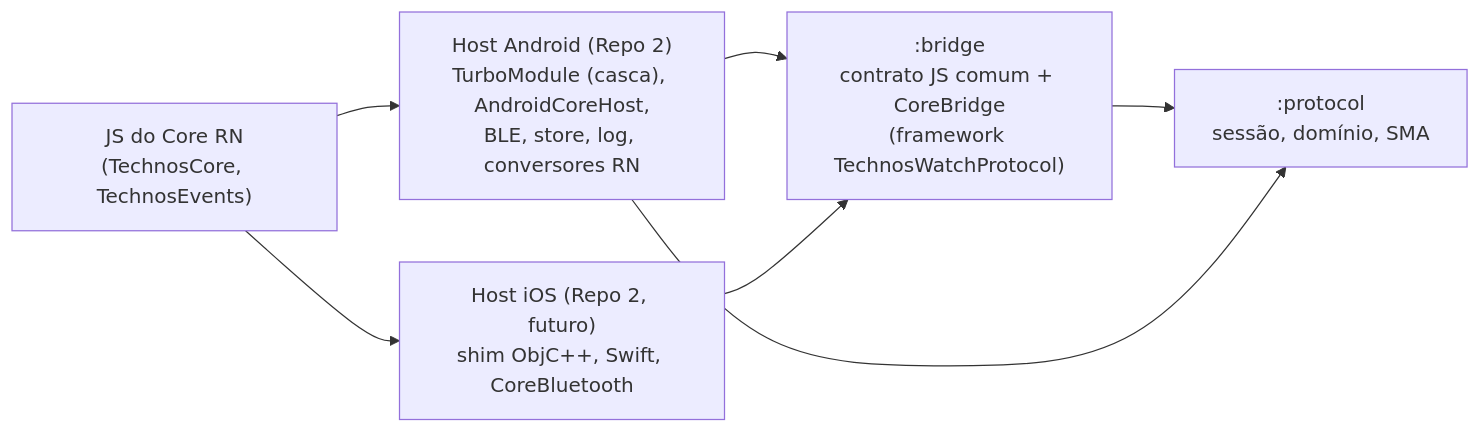
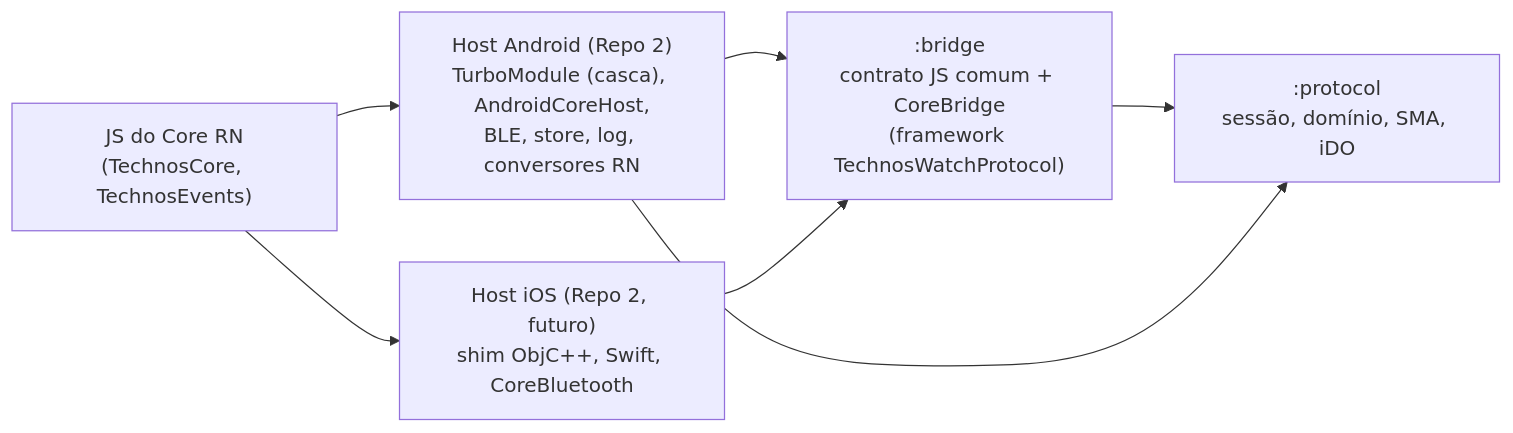
One commit to jsimonassi/technos-watch-protocol changed the first of 8 diagrams in docs/arquitetura.md. Above: the diagram before and after it, drawn with Mermaid. The commit also changed other lines of this file and 42 other files, not shown here.

````diff
--- a/docs/arquitetura.md
+++ b/docs/arquitetura.md
@@ -16,14 +16,14 @@
 ```mermaid
 flowchart LR
 	rnjs["JS do Core RN<br/>(TechnosCore, TechnosEvents)"]
 	android["Host Android (Repo 2)<br/>TurboModule (casca), AndroidCoreHost,<br/>BLE, store, log, conversores RN"]
 	ios["Host iOS (Repo 2, futuro)<br/>shim ObjC++, Swift, CoreBluetooth"]
 	bridge[":bridge<br/>contrato JS comum + CoreBridge<br/>(framework TechnosWatchProtocol)"]
-	protocol[":protocol<br/>sessão, domínio, SMA"]
+	protocol[":protocol<br/>sessão, domínio, SMA, iDO"]
 	rnjs --> android
 	rnjs --> ios
 	android --> bridge
 	ios --> bridge
 	bridge --> protocol
 	android --> protocol
 ```
````
